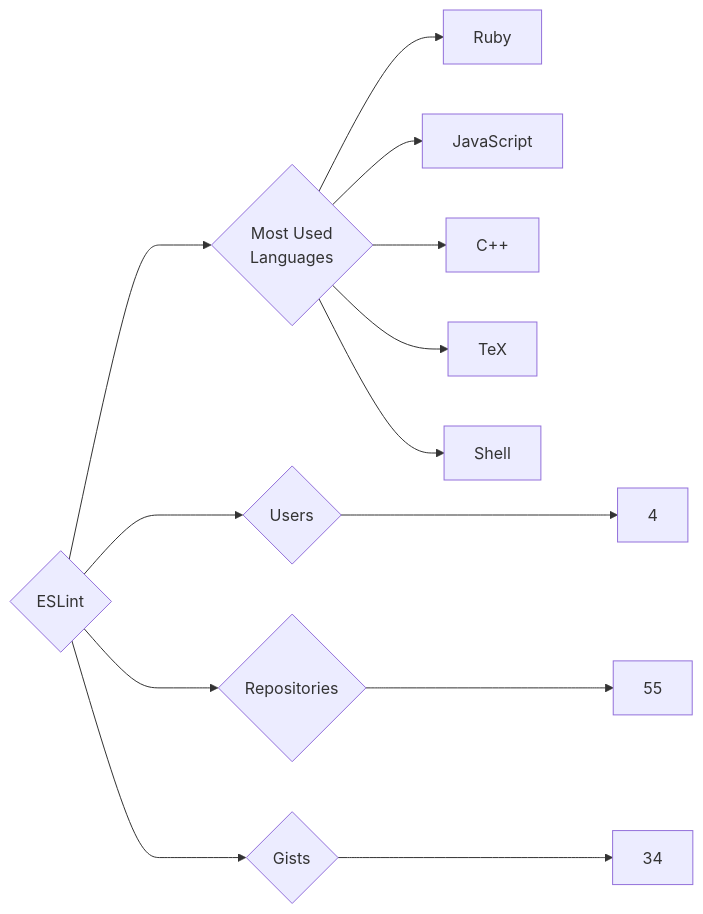
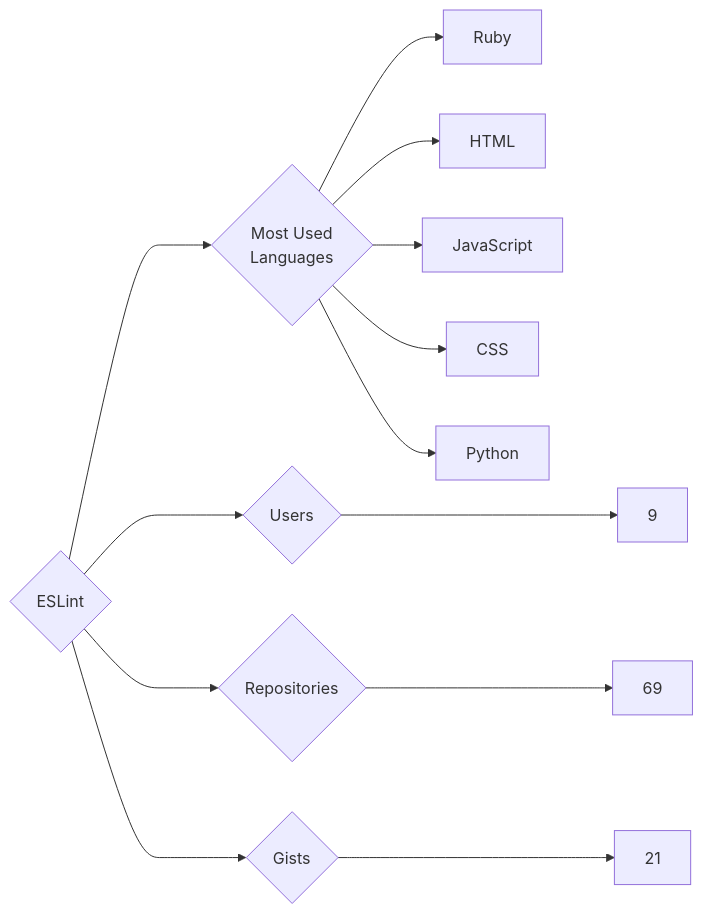
The diagram in targets/ESLint/README.md (trickest/insiders), drawn with Mermaid before and after one commit. The commit also changed 1175 other files, not shown here.

````diff
--- a/targets/ESLint/README.md
+++ b/targets/ESLint/README.md
@@ -3,13 +3,13 @@
 ```mermaid
 graph LR
 COMPANY_NAME{ESLint}
-COMPANY_NAME ---> U{Users} ---> UN[4]
-COMPANY_NAME ---> R{Repositories} ---> RN[55]
-COMPANY_NAME ---> G{Gists} ---> GN[34]
+COMPANY_NAME ---> U{Users} ---> UN[9]
+COMPANY_NAME ---> R{Repositories} ---> RN[69]
+COMPANY_NAME ---> G{Gists} ---> GN[21]
 COMPANY_NAME ---> ML{Most Used<br>Languages}
 ML --> Ruby[Ruby]
+ML --> HTML[HTML]
 ML --> JavaScript[JavaScript]
-ML --> C++[C++]
-ML --> TeX[TeX]
-ML --> Shell[Shell]
+ML --> CSS[CSS]
+ML --> Python[Python]
 ```
````
